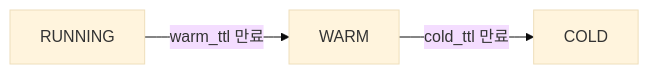
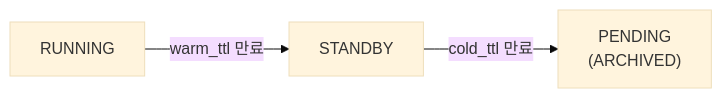
One commit to cagojeiger/code-hub changed the sixth of 7 diagrams in docs/spec_v2/states.md. Above: the diagram before and after it, drawn with Mermaid (base theme). The commit also changed other lines of this file and 11 other files, not shown here.

````diff
--- a/docs/spec_v2/states.md
+++ b/docs/spec_v2/states.md
@@ -234,5 +238,5 @@
 ```mermaid
 flowchart LR
-    R[RUNNING] -->|warm_ttl 만료| W[WARM]
-    W -->|cold_ttl 만료| C[COLD]
+    R[RUNNING] -->|warm_ttl 만료| S[STANDBY]
+    S -->|cold_ttl 만료| P["PENDING<br/>(ARCHIVED)"]
 ```
````
